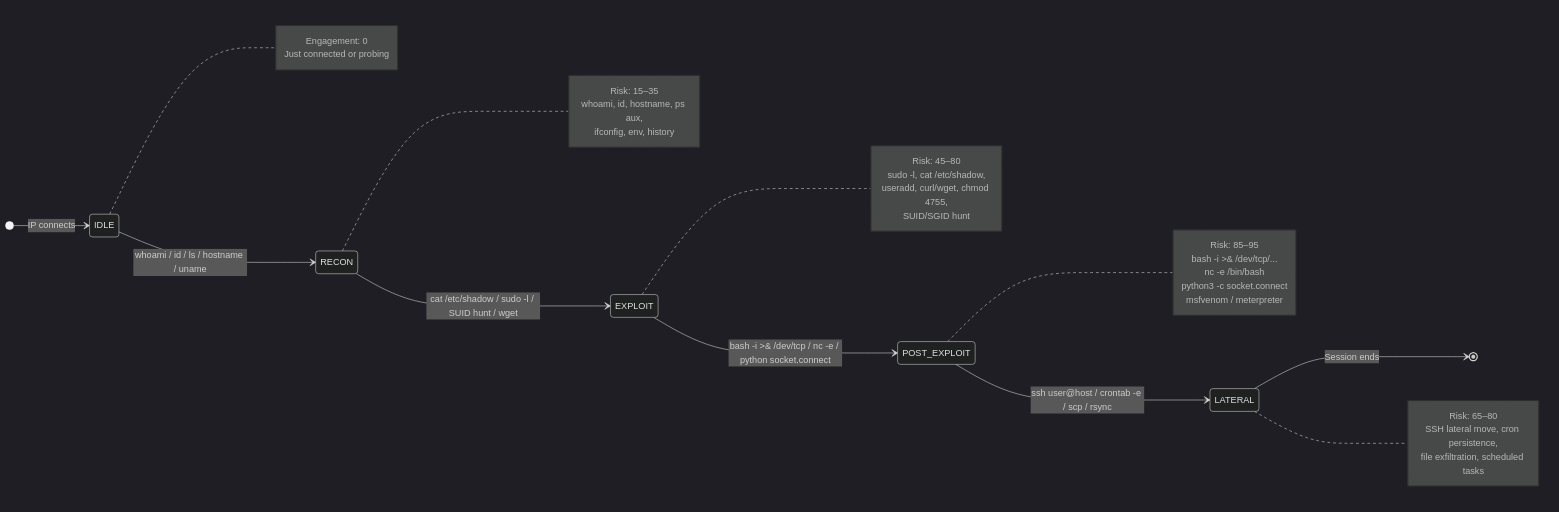
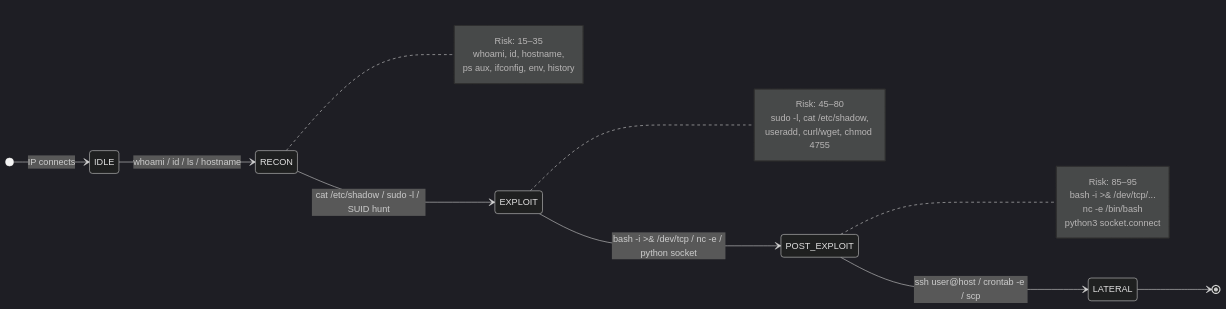
Before and after one commit to Mark-Meka/Maze-Myth-Dynamic-Honeypot: the fifth of 7 diagrams in README.md, drawn with Mermaid (dark theme). The commit also changed other lines of this file and 2 other files, not shown here.

````diff
--- a/README.md
+++ b/README.md
@@ -165,44 +158,31 @@
 ```mermaid
 stateDiagram-v2
     direction LR
     [*] --> IDLE : IP connects
 
-    IDLE --> RECON : whoami / id / ls / hostname / uname
-    RECON --> EXPLOIT : cat /etc/shadow / sudo -l / SUID hunt / wget
-    EXPLOIT --> POST_EXPLOIT : bash -i >& /dev/tcp / nc -e / python socket.connect
-    POST_EXPLOIT --> LATERAL : ssh user@host / crontab -e / scp / rsync
+    IDLE --> RECON : whoami / id / ls / hostname
+    RECON --> EXPLOIT : cat /etc/shadow / sudo -l / SUID hunt
+    EXPLOIT --> POST_EXPLOIT : bash -i >& /dev/tcp / nc -e / python socket
+    POST_EXPLOIT --> LATERAL : ssh user@host / crontab -e / scp
 
-    LATERAL --> [*] : Session ends
-
-    note right of IDLE
-        Engagement: 0
-        Just connected or probing
-    end note
+    LATERAL --> [*]
 
     note right of RECON
         Risk: 15–35
-        whoami, id, hostname, ps aux,
-        ifconfig, env, history
+        whoami, id, hostname,
+        ps aux, ifconfig, env, history
     end note
 
     note right of EXPLOIT
         Risk: 45–80
         sudo -l, cat /etc/shadow,
-        useradd, curl/wget, chmod 4755,
-        SUID/SGID hunt
+        useradd, curl/wget, chmod 4755
     end note
 
     note right of POST_EXPLOIT
         Risk: 85–95
         bash -i >& /dev/tcp/...
         nc -e /bin/bash
-        python3 -c socket.connect
-        msfvenom / meterpreter
-    end note
-
-    note right of LATERAL
-        Risk: 65–80
-        SSH lateral move, cron persistence,
-        file exfiltration, scheduled tasks
+        python3 socket.connect
     end note
 ```
````
